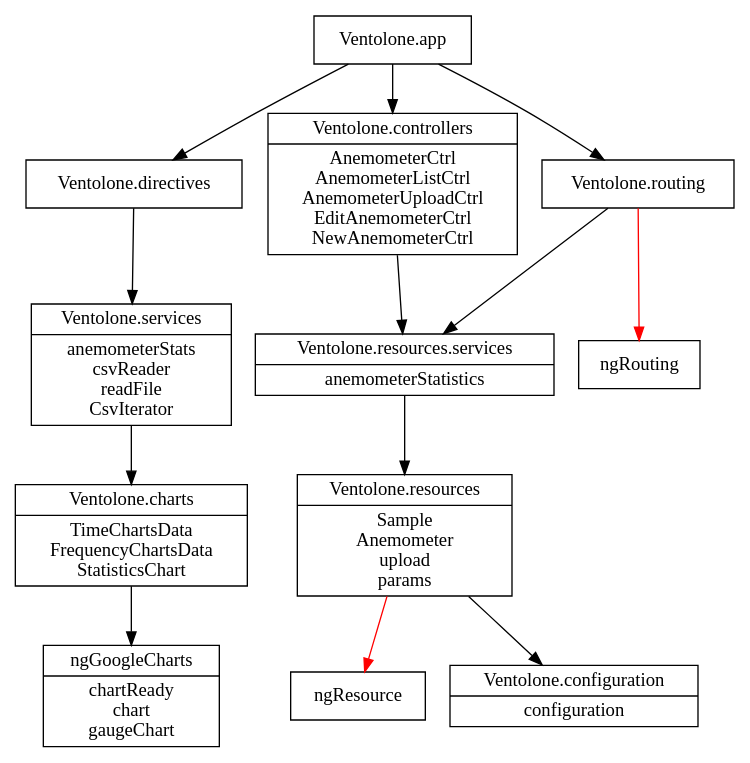
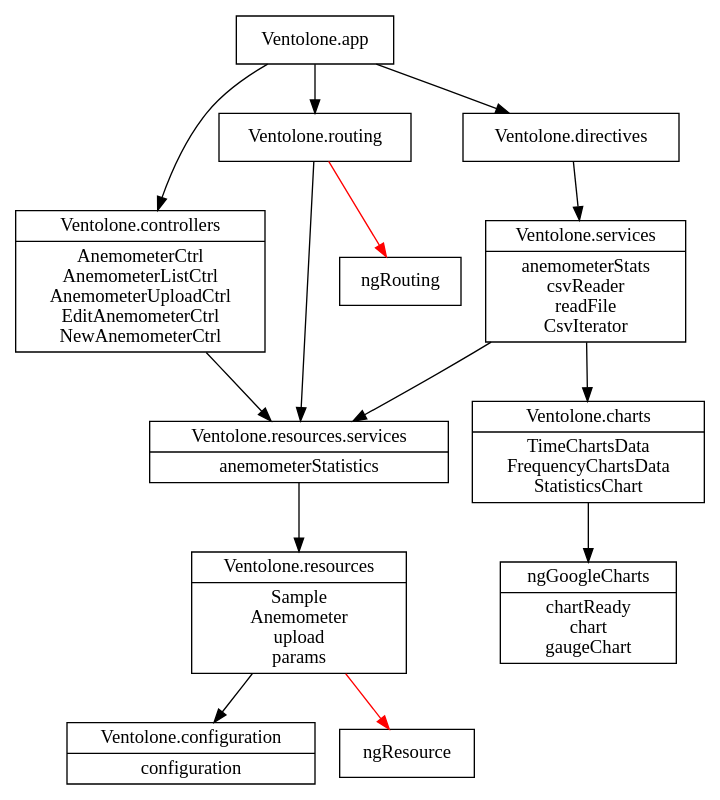
Before and after one commit to VentolONE/ventolone-app: the diagram in dependencies-graph.dot, drawn with Graphviz. The commit also changed 2 other files, not shown here.

```diff
--- a/dependencies-graph.dot
+++ b/dependencies-graph.dot
@@ -1,25 +1,26 @@
 digraph dependencies{
   node[shape="record"]
 
   "Ventolone.configuration"[label="{Ventolone.configuration|configuration}"];
   "Ventolone.resources"[label="{Ventolone.resources|Sample\nAnemometer\nupload\nparams}"]
   "Ventolone.resources.services"[label="{Ventolone.resources.services|anemometerStatistics}"]
   "Ventolone.controllers"[label="{Ventolone.controllers|AnemometerCtrl\nAnemometerListCtrl\nAnemometerUploadCtrl\nEditAnemometerCtrl\nNewAnemometerCtrl}"]
   "ngGoogleCharts"[label="{ngGoogleCharts|chartReady\nchart\ngaugeChart}"]
   "Ventolone.charts"[label="{Ventolone.charts|TimeChartsData\nFrequencyChartsData\nStatisticsChart}"]
   "Ventolone.services"[label="{Ventolone.services|anemometerStats\ncsvReader\nreadFile\nCsvIterator}"]
 
   "Ventolone.app" -> "Ventolone.controllers"
   "Ventolone.app" -> "Ventolone.directives"
   "Ventolone.app" -> "Ventolone.routing"
 
   "Ventolone.charts" -> "ngGoogleCharts"
   "Ventolone.controllers" -> "Ventolone.resources.services"
   "Ventolone.directives" -> "Ventolone.services"
   "Ventolone.resources" -> "ngResource"[color="red"]
   "Ventolone.resources" -> "Ventolone.configuration"
   "Ventolone.resources.services" -> "Ventolone.resources";
   "Ventolone.routing" -> "ngRouting"[color="red"]
   "Ventolone.routing" -> "Ventolone.resources.services"
   "Ventolone.services" -> "Ventolone.charts"
+  "Ventolone.services" -> "Ventolone.resources.services"
 }
```
